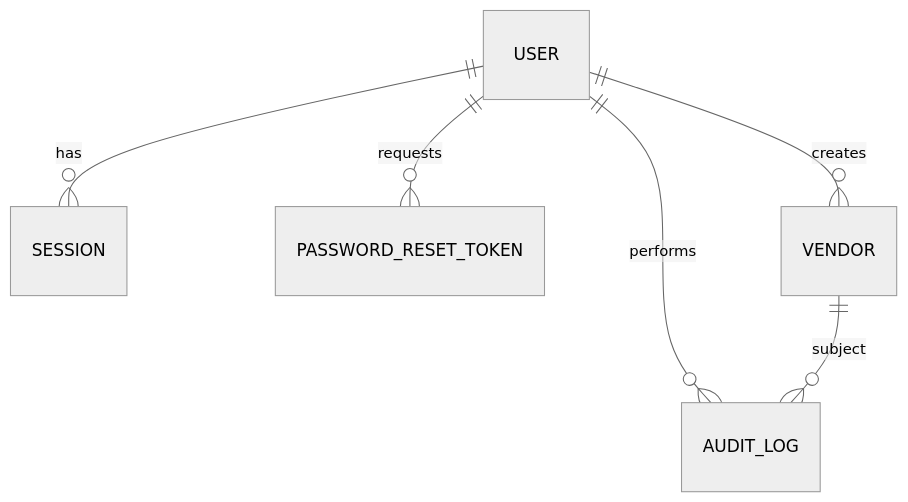
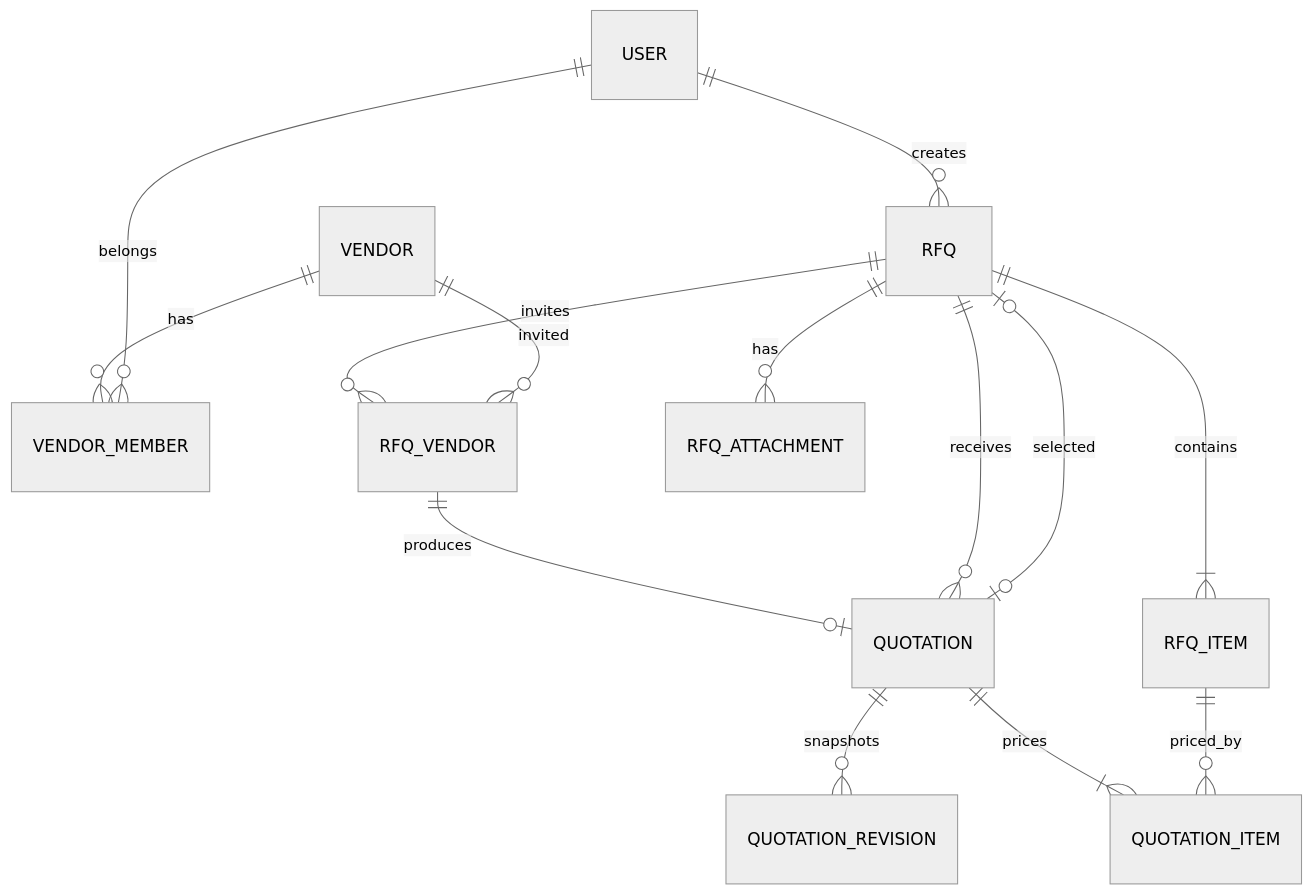
The second of 4 diagrams in docs/architecture.md (aadarsh2006ak/VendorBridge-X-Kagnus), drawn with Mermaid (neutral theme) before and after one commit. The commit also changed other lines of this file and 60 other files, not shown here.

Commit message:
feat: implement Week 2 RFQ and quotation management workflow

````diff
--- a/docs/architecture.md
+++ b/docs/architecture.md
@@ -83,8 +111,16 @@
 ```mermaid
 erDiagram
-  USER ||--o{ SESSION : has
-  USER ||--o{ PASSWORD_RESET_TOKEN : requests
-  USER ||--o{ VENDOR : creates
-  USER ||--o{ AUDIT_LOG : performs
-  VENDOR ||--o{ AUDIT_LOG : subject
+  VENDOR ||--o{ VENDOR_MEMBER : has
+  USER ||--o{ VENDOR_MEMBER : belongs
+  USER ||--o{ RFQ : creates
+  RFQ ||--|{ RFQ_ITEM : contains
+  RFQ ||--o{ RFQ_VENDOR : invites
+  VENDOR ||--o{ RFQ_VENDOR : invited
+  RFQ ||--o{ RFQ_ATTACHMENT : has
+  RFQ_VENDOR ||--o| QUOTATION : produces
+  RFQ ||--o{ QUOTATION : receives
+  QUOTATION ||--|{ QUOTATION_ITEM : prices
+  RFQ_ITEM ||--o{ QUOTATION_ITEM : priced_by
+  QUOTATION ||--o{ QUOTATION_REVISION : snapshots
+  RFQ |o--o| QUOTATION : selected
 ```
````
